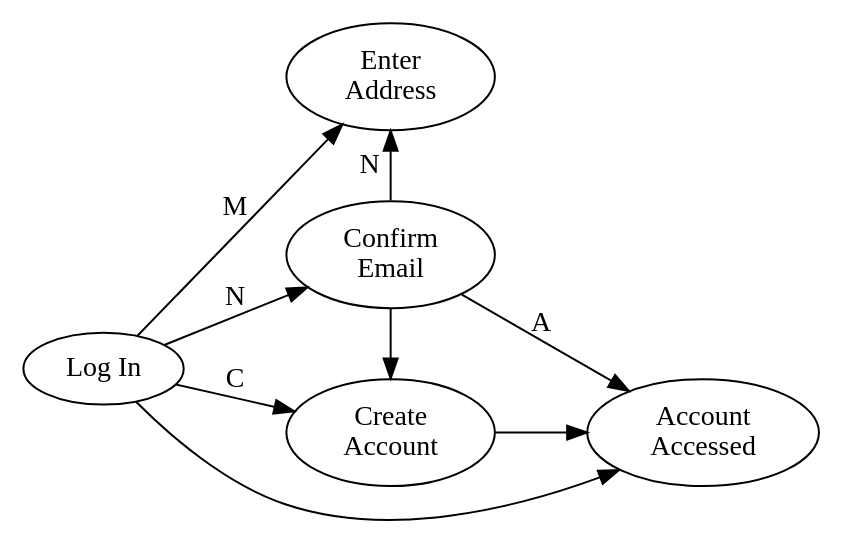
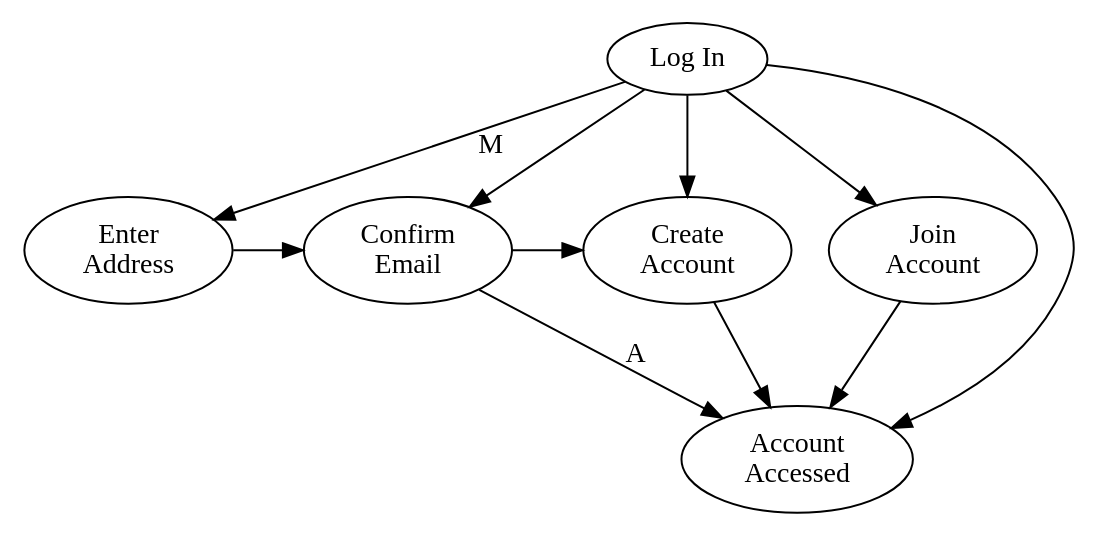
Before and after one commit to castedo/celauth: the first of 2 diagrams in docs/ux.rst, drawn with Graphviz. The commit also changed other lines of this file and 9 other files, not shown here.

```diff
--- a/docs/ux.rst
+++ b/docs/ux.rst
@@ -9,22 +9,25 @@
 .. graphviz::
 
    digraph {
-      rankdir=LR;
+      rankdir=TB;
       login [label="Log In"];
       {
         rank=same;
         enter_email [label="Enter\nAddress"];
         confirm_email [label="Confirm\nEmail"];
         create_account [label="Create\nAccount"];
+        join_account [label="Join\nAccount"];
       }
       account_access [label="Account\nAccessed"];
-      login -> enter_email [label="M"];
-      login -> confirm_email [label="N"];
-      login -> create_account [label="C"];
+      login -> enter_email [label="M", labeldistance=-80];
+      login -> confirm_email;
+      login -> create_account;
+      login -> join_account;
       login -> account_access;
       // there seems to be a graphviz bug requiring dir=back
-      enter_email -> confirm_email [label="N", dir=back];
+      enter_email -> confirm_email;
       confirm_email -> create_account;
       confirm_email -> account_access [label="A"];
       create_account -> account_access;
+      join_account -> account_access;
    }
```
